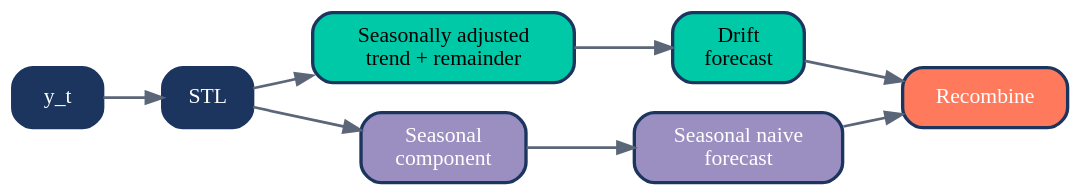
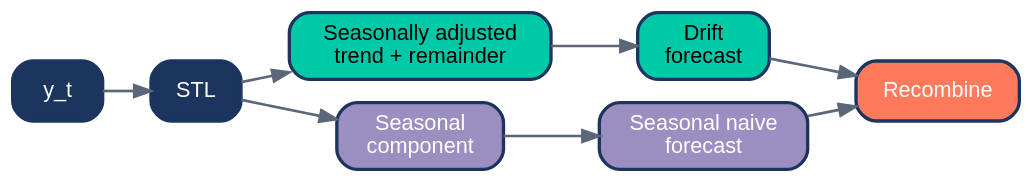
One commit to NaifMersal/time-series-analysis-and-forecasting changed the diagram in slides/03_benchmarks_residuals_and_intervals.qmd. Above: the diagram before and after it, drawn with Graphviz. The commit also changed other lines of this file and 11 other files, not shown here.

````diff
--- a/slides/03_benchmarks_residuals_and_intervals.qmd
+++ b/slides/03_benchmarks_residuals_and_intervals.qmd
@@ -243,24 +243,25 @@
 ```{dot}
 //| fig-width: 9
+//| fig-height: 2.6
 digraph G {
     bgcolor="transparent";
     rankdir=LR;
-    ranksep=0.5; nodesep=0.25;
-    node [shape=box style="rounded,filled" fontsize=13
-          color="#1C355E" penwidth=2 margin="0.18,0.10"];
-    edge [fontsize=11 color="#5b6678" penwidth=1.6];
+    ranksep=0.4; nodesep=0.2;
+    node [shape=box style="rounded,filled" fontname="Helvetica" fontsize=13
+          color="#1C355E" penwidth=2 margin="0.16,0.08"];
+    edge [fontname="Helvetica" fontsize=11 color="#5b6678" penwidth=1.6];
 
     Y  [label="y_t" fillcolor="#1C355E" fontcolor="white"];
     S  [label="STL" fillcolor="#1C355E" fontcolor="white"];
     A  [label="Seasonally adjusted\ntrend + remainder" fillcolor="#00C9A7"];
     N  [label="Seasonal\ncomponent" fillcolor="#9B8EC0" fontcolor="white"];
     FA [label="Drift\nforecast" fillcolor="#00C9A7"];
     FN [label="Seasonal naive\nforecast" fillcolor="#9B8EC0" fontcolor="white"];
     R  [label="Recombine" fillcolor="#FF7A5C" fontcolor="white"];
 
     Y -> S;
     S -> A; S -> N;
     A -> FA; N -> FN;
     FA -> R; FN -> R;
 }
 ```
````
